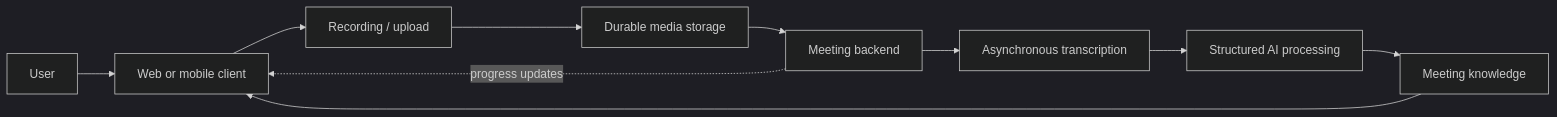
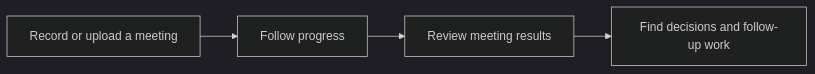
The diagram in frontend/content/projects/sensio-notes.md (farismnrr/portofolio), drawn with Mermaid (dark theme) before and after one commit. The commit also changed other lines of this file and 3 other files, not shown here.

````diff
--- a/frontend/content/projects/sensio-notes.md
+++ b/frontend/content/projects/sensio-notes.md
@@ -40,12 +30,6 @@
 ```mermaid
 flowchart LR
-    U[User] --> C[Web or mobile client]
-    C --> R[Recording / upload]
-    R --> S[Durable media storage]
-    S --> B[Meeting backend]
-    B --> T[Asynchronous transcription]
-    T --> A[Structured AI processing]
-    A --> M[Meeting knowledge]
-    M --> C
-    B -. progress updates .-> C
+    R[Record or upload a meeting] --> P[Follow progress]
+    P --> V[Review meeting results]
+    V --> F[Find decisions and follow-up work]
 ```
````
